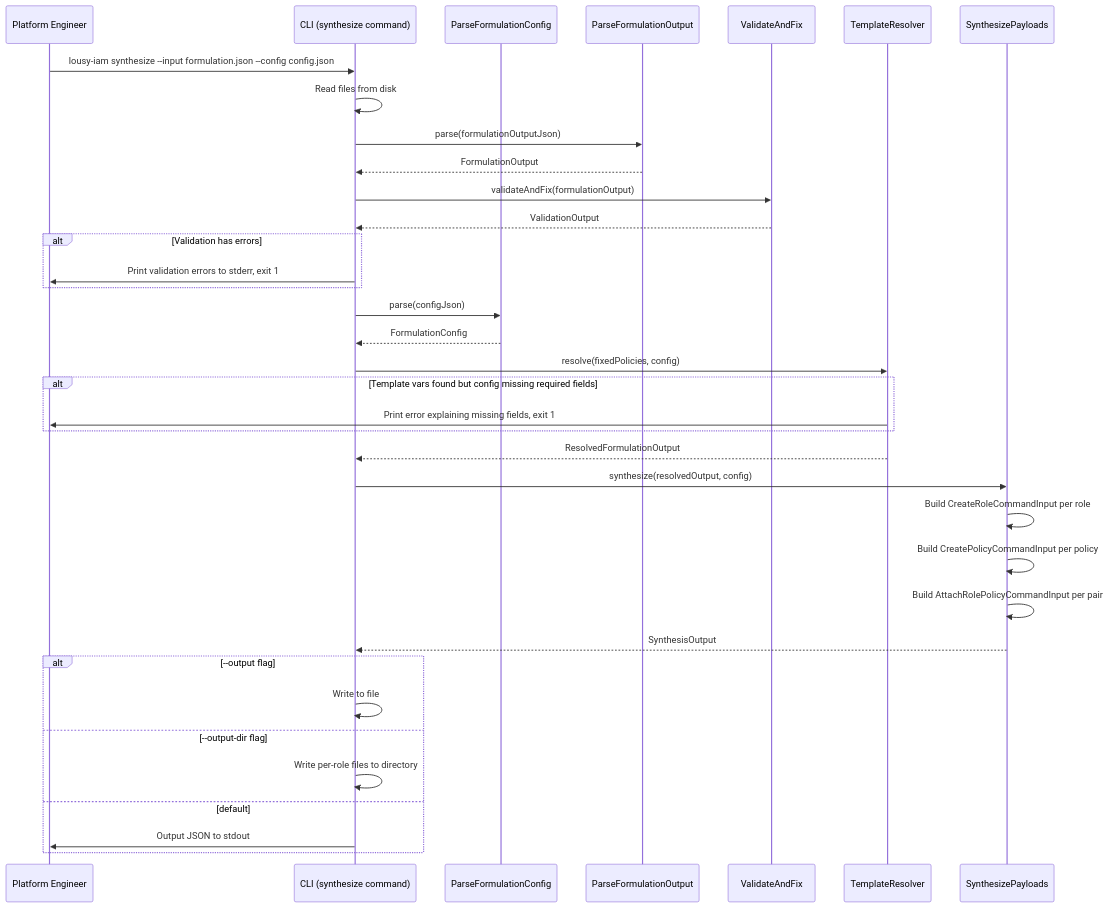
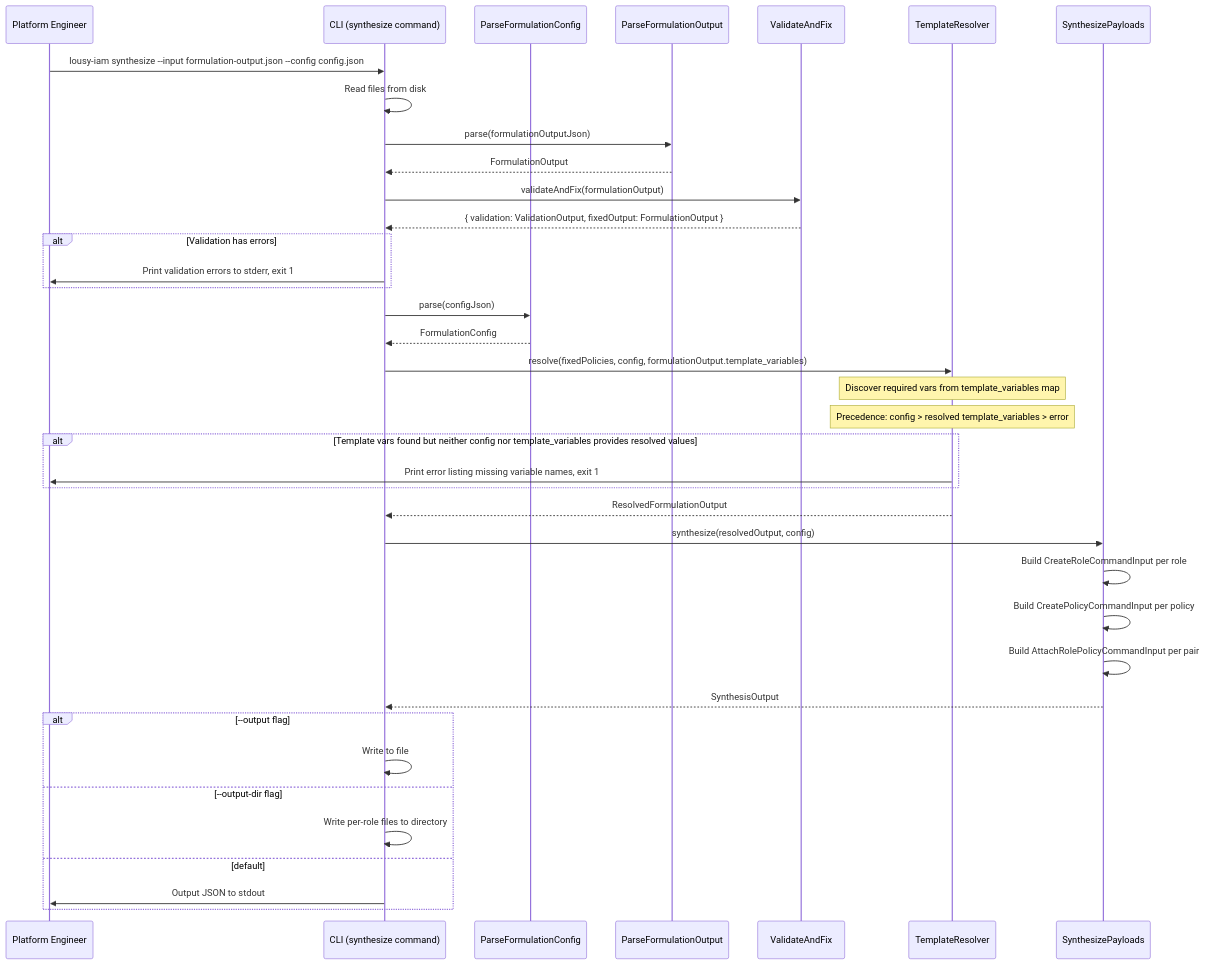
One commit to zpratt/lousy-iam changed the second of 2 diagrams in .github/specs/phase-4-synthesize-spec.md. Above: the diagram before and after it, drawn with Mermaid. The commit also changed other lines of this file, not shown here.

Commit message:
chore: resolve pr feedback

````diff
--- a/.github/specs/phase-4-synthesize-spec.md
+++ b/.github/specs/phase-4-synthesize-spec.md
@@ -186,46 +193,48 @@
 ```mermaid
 sequenceDiagram
     participant User as Platform Engineer
     participant CLI as CLI (synthesize command)
     participant ConfigParser as ParseFormulationConfig
     participant OutputParser as ParseFormulationOutput
     participant Orchestrator as ValidateAndFix
     participant Resolver as TemplateResolver
     participant Synthesizer as SynthesizePayloads
 
-    User->>CLI: lousy-iam synthesize --input formulation.json --config config.json
+    User->>CLI: lousy-iam synthesize --input formulation-output.json --config config.json
     CLI->>CLI: Read files from disk
 
     CLI->>OutputParser: parse(formulationOutputJson)
     OutputParser-->>CLI: FormulationOutput
 
     CLI->>Orchestrator: validateAndFix(formulationOutput)
-    Orchestrator-->>CLI: ValidationOutput
+    Orchestrator-->>CLI: { validation: ValidationOutput, fixedOutput: FormulationOutput }
 
     alt Validation has errors
         CLI->>User: Print validation errors to stderr, exit 1
     end
 
     CLI->>ConfigParser: parse(configJson)
     ConfigParser-->>CLI: FormulationConfig
 
-    CLI->>Resolver: resolve(fixedPolicies, config)
-    alt Template vars found but config missing required fields
-        Resolver->>User: Print error explaining missing fields, exit 1
+    CLI->>Resolver: resolve(fixedPolicies, config, formulationOutput.template_variables)
+    Note over Resolver: Discover required vars from template_variables map
+    Note over Resolver: Precedence: config > resolved template_variables > error
+    alt Template vars found but neither config nor template_variables provides resolved values
+        Resolver->>User: Print error listing missing variable names, exit 1
     end
     Resolver-->>CLI: ResolvedFormulationOutput
 
     CLI->>Synthesizer: synthesize(resolvedOutput, config)
     Synthesizer->>Synthesizer: Build CreateRoleCommandInput per role
     Synthesizer->>Synthesizer: Build CreatePolicyCommandInput per policy
     Synthesizer->>Synthesizer: Build AttachRolePolicyCommandInput per pair
     Synthesizer-->>CLI: SynthesisOutput
 
     alt --output flag
         CLI->>CLI: Write to file
     else --output-dir flag
         CLI->>CLI: Write per-role files to directory
     else default
         CLI->>User: Output JSON to stdout
     end
 ```
````
